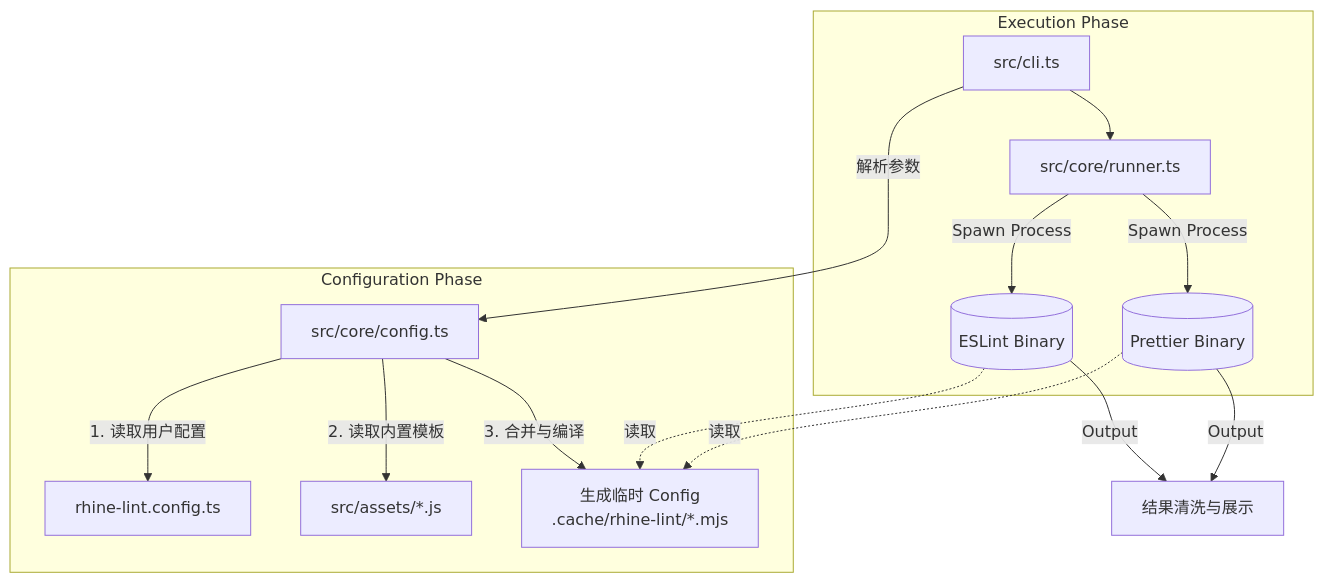
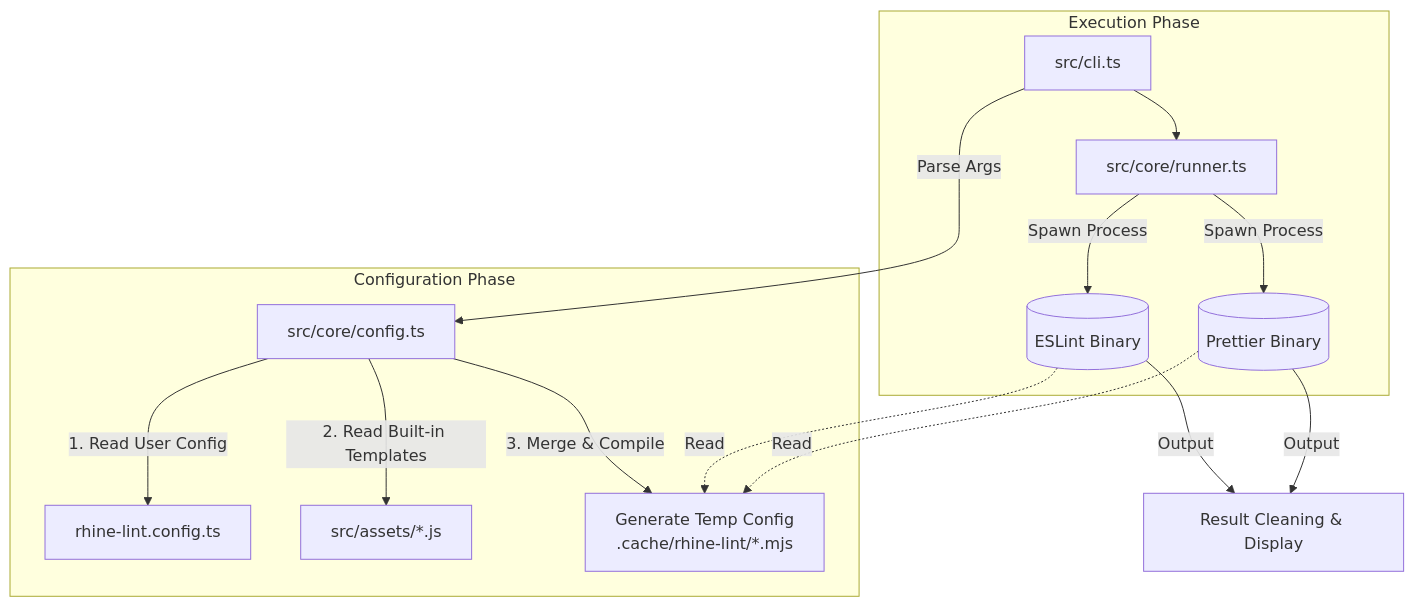
The diagram in README.md (RhineAI/rhine-lint), drawn with Mermaid before and after one commit. The commit also changed other lines of this file and 2 other files, not shown here.

````diff
--- a/README.md
+++ b/README.md
@@ -411,21 +411,21 @@
 ```mermaid
 graph TD
-    CLI[src/cli.ts] -->|解析参数| ConfigMgr[src/core/config.ts]
-    
+    CLI[src/cli.ts] -->|Parse Args| ConfigMgr[src/core/config.ts]
+
     subgraph Configuration Phase
-    ConfigMgr -->|1. 读取用户配置| UserConfig[rhine-lint.config.ts]
-    ConfigMgr -->|2. 读取内置模板| Assets[src/assets/*.js]
-    ConfigMgr -->|3. 合并与编译| VirtualConfig[生成临时 Config\n.cache/rhine-lint/*.mjs]
+    ConfigMgr -->|1. Read User Config| UserConfig[rhine-lint.config.ts]
+    ConfigMgr -->|2. Read Built-in Templates| Assets[src/assets/*.js]
+    ConfigMgr -->|3. Merge & Compile| VirtualConfig[Generate Temp Config\n.cache/rhine-lint/*.mjs]
     end
-    
+
     subgraph Execution Phase
     CLI --> Executor[src/core/runner.ts]
     Executor -->|Spawn Process| ESLint[(ESLint Binary)]
     Executor -->|Spawn Process| Prettier[(Prettier Binary)]
-    ESLint -.->|读取| VirtualConfig
-    Prettier -.->|读取| VirtualConfig
+    ESLint -.->|Read| VirtualConfig
+    Prettier -.->|Read| VirtualConfig
     end
-    
-    ESLint -->|Output| Formatter[结果清洗与展示]
+
+    ESLint -->|Output| Formatter[Result Cleaning & Display]
     Prettier -->|Output| Formatter
 ```
````
